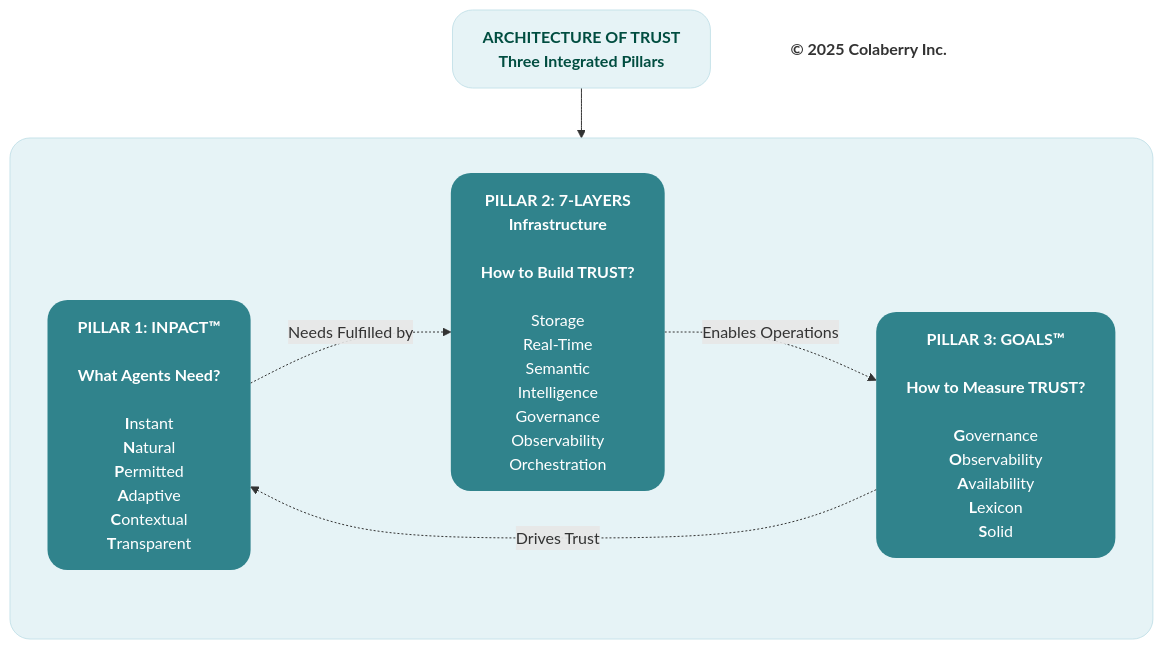
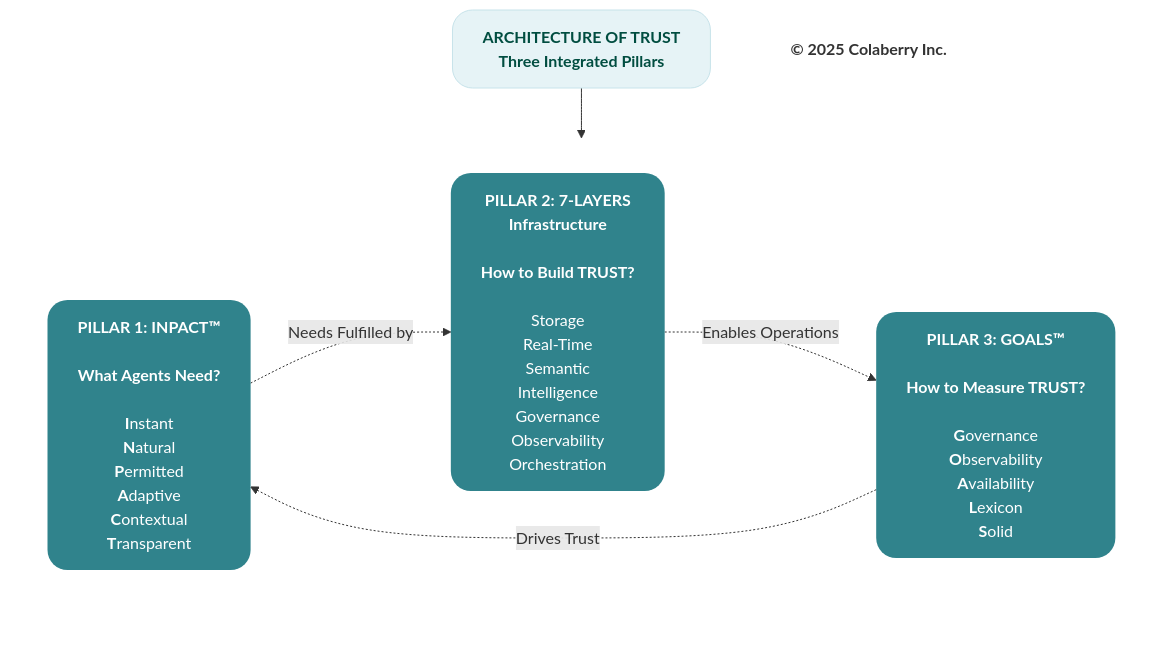
One commit to saitejesh-cyber/trust-before-intelligence-book changed the diagram in mermaid-source/01_chapter_0_trust_before_intelligence-diagram-04.mmd. Above: the diagram before and after it, drawn with Mermaid. The commit also changed 3 other files, not shown here.

Commit message:
Remove figure-0-4 background and restore figure-1-0 styling

```diff
--- a/mermaid-source/01_chapter_0_trust_before_intelligence-diagram-04.mmd
+++ b/mermaid-source/01_chapter_0_trust_before_intelligence-diagram-04.mmd
@@ -1,27 +1,27 @@
 
 graph TB
     Title["<b>ARCHITECTURE OF TRUST</b><br/><b>Three Integrated Pillars</b>"]
     
     subgraph PILLARS[" "]
         direction LR
         INPACT["<b>PILLAR 1: INPACT™</b><br/><br/><b>What Agents Need?</b><br/><br/><b>I</b>nstant<br/><b>N</b>atural<br/><b>P</b>ermitted<br/><b>A</b>daptive<br/><b>C</b>ontextual<br/><b>T</b>ransparent"]
         
         Layers["<b>PILLAR 2: 7-LAYERS</b><br/><b>Infrastructure</b><br/><br/><b>How to Build TRUST?</b><br/><br/>Storage<br/>Real-Time<br/>Semantic<br/>Intelligence<br/>Governance<br/>Observability<br/>Orchestration"]
         
         GOALS["<b>PILLAR 3: GOALS™</b><br/><br/><b>How to Measure TRUST?</b><br/><br/><b>G</b>overnance<br/><b>O</b>bservability<br/><b>A</b>vailability<br/><b>L</b>exicon<br/><b>S</b>olid"]
     end
     
     Copyright["<b>© 2025 Colaberry Inc.</b>"]
     
     Title --> PILLARS
     
     INPACT -.->|"Needs Fulfilled by"| Layers
     Layers -.->|"Enables Operations"| GOALS
     GOALS -.->|"Drives Trust"| INPACT
     
     style Title fill:#e6f3f6,stroke:#c7e3ea,stroke-width:1px,color:#004d40,rx:20,ry:20
-    style PILLARS fill:#e6f3f6,stroke:#c7e3ea,stroke-width:1px,color:#004d40,rx:20,ry:20
+    style PILLARS fill:none,stroke:none
         style INPACT fill:#30838C,stroke:none,color:#ffffff,rx:20,ry:20
         style Layers fill:#30838C,stroke:none,color:#ffffff,rx:20,ry:20
         style GOALS fill:#30838C,stroke:none,color:#ffffff,rx:20,ry:20
     style Copyright fill:none,stroke:none,color:#333333
```
